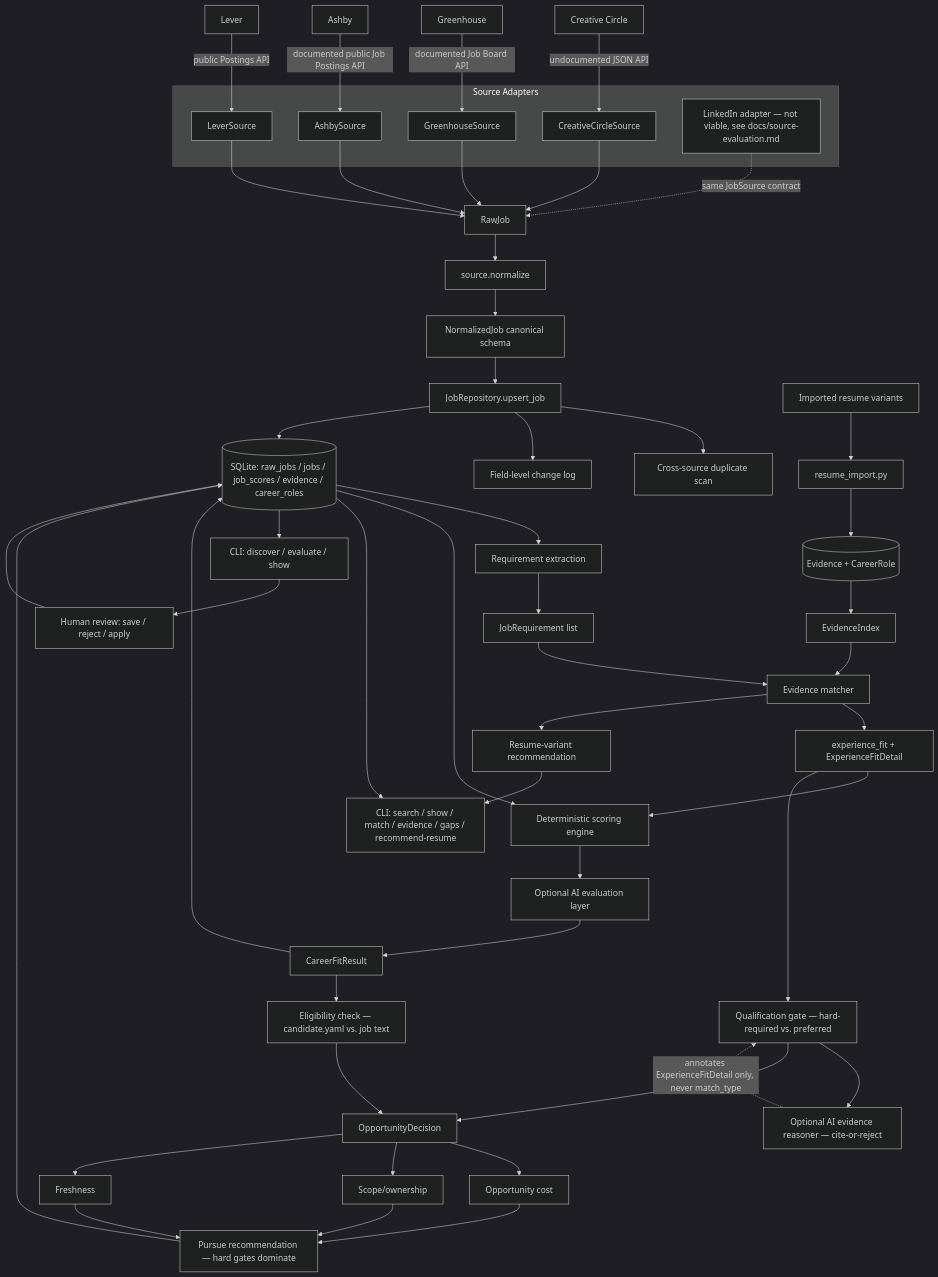
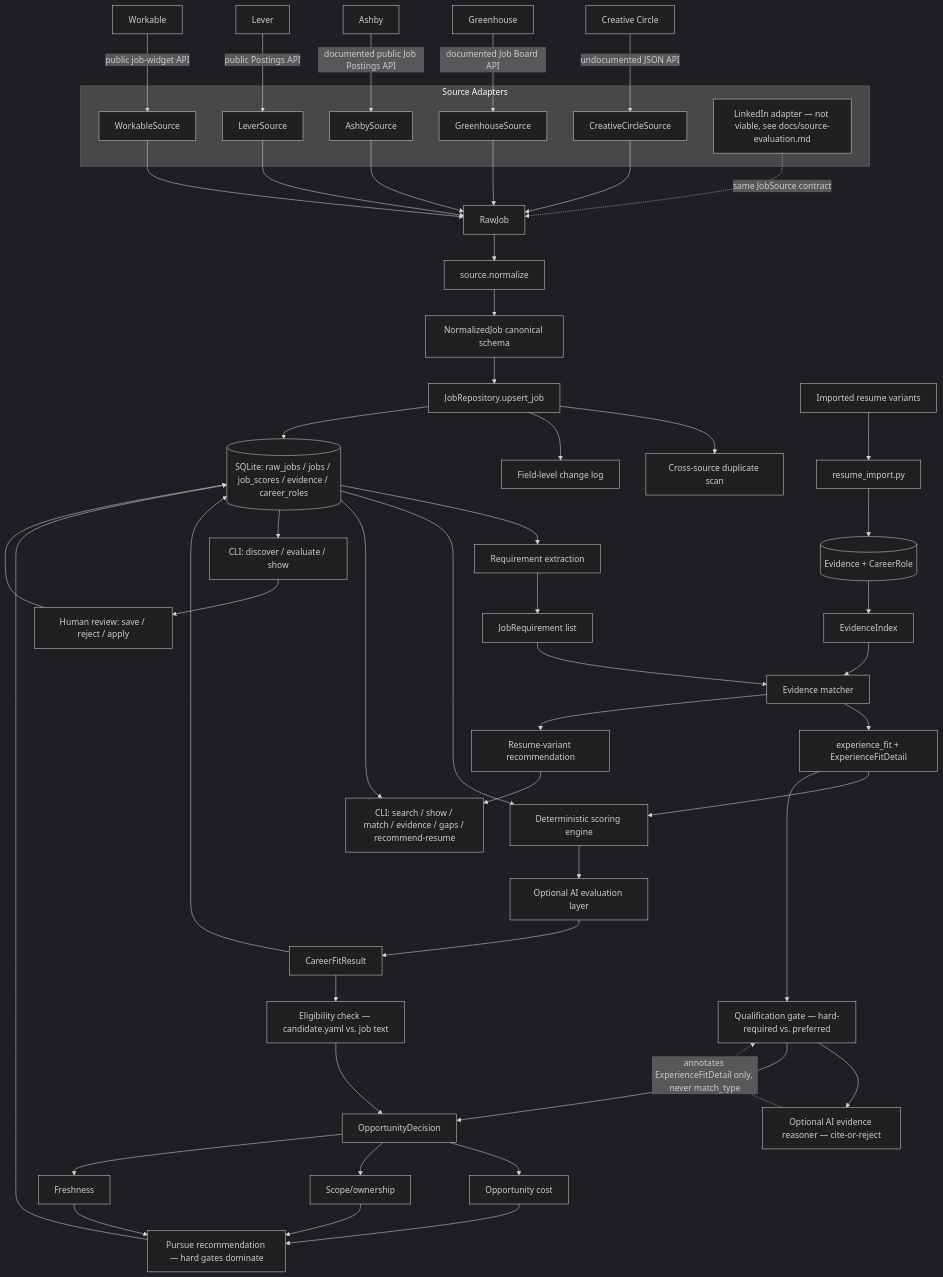
The diagram in docs/architecture.md (blackstalk/careers-os), drawn with Mermaid (dark theme) before and after one commit. The commit also changed other lines of this file and 35 other files, not shown here.

````diff
--- a/docs/architecture.md
+++ b/docs/architecture.md
@@ -16,68 +16,71 @@
 ```mermaid
 flowchart TD
     CC[Creative Circle] -->|undocumented JSON API| CCSource[CreativeCircleSource]
     GH[Greenhouse] -->|documented Job Board API| GHSource[GreenhouseSource]
     AS[Ashby] -->|documented public Job Postings API| ASSource[AshbySource]
     LV[Lever] -->|public Postings API| LVSource[LeverSource]
+    WK[Workable] -->|public job-widget API| WKSource[WorkableSource]
 
     subgraph Source Adapters
         CCSource
         GHSource
         ASSource
         LVSource
+        WKSource
         LI[LinkedIn adapter — not viable, see docs/source-evaluation.md]
     end
 
     CCSource --> Raw[RawJob]
     GHSource --> Raw
     ASSource --> Raw
     LVSource --> Raw
+    WKSource --> Raw
     LI -. same JobSource contract .-> Raw
 
     Raw --> Norm[source.normalize]
     Norm --> Canon[NormalizedJob canonical schema]
     Canon --> Repo[JobRepository.upsert_job]
     Repo --> Dedup[Cross-source duplicate scan]
     Repo --> Changes[Field-level change log]
     Repo --> DB[(SQLite: raw_jobs / jobs / job_scores / evidence / career_roles)]
 
     DB --> ReqEx[Requirement extraction]
     ReqEx --> Requirements[JobRequirement list]
 
     Resumes[Imported resume variants] --> Importer[resume_import.py]
     Importer --> Evidence[(Evidence + CareerRole)]
     Evidence --> Index[EvidenceIndex]
 
     Requirements --> Matcher[Evidence matcher]
     Index --> Matcher
     Matcher --> ExpFit[experience_fit + ExperienceFitDetail]
 
     DB --> Scorer[Deterministic scoring engine]
     ExpFit --> Scorer
     Scorer --> AI[Optional AI evaluation layer]
     AI --> Result[CareerFitResult]
     Result --> DB
 
     Matcher --> ResumeRec[Resume-variant recommendation]
 
     DB --> CLI[CLI: search / show / match / evidence / gaps / recommend-resume]
     ResumeRec --> CLI
 
     Result --> Eligibility[Eligibility check — candidate.yaml vs. job text]
     ExpFit --> Qualification[Qualification gate — hard-required vs. preferred]
     Qualification --> Reasoner[Optional AI evidence reasoner — cite-or-reject]
     Eligibility --> Decision[OpportunityDecision]
     Qualification --> Decision
     Reasoner -.annotates ExperienceFitDetail only, never match_type.-> Qualification
     Decision --> Cost[Opportunity cost]
     Decision --> Scope[Scope/ownership]
     Decision --> Fresh[Freshness]
     Cost --> Pursue[Pursue recommendation — hard gates dominate]
     Scope --> Pursue
     Fresh --> Pursue
     Pursue --> DB
 
     DB --> CLI2[CLI: discover / evaluate / show]
     CLI2 --> Human[Human review: save / reject / apply]
     Human --> DB
 ```
````
